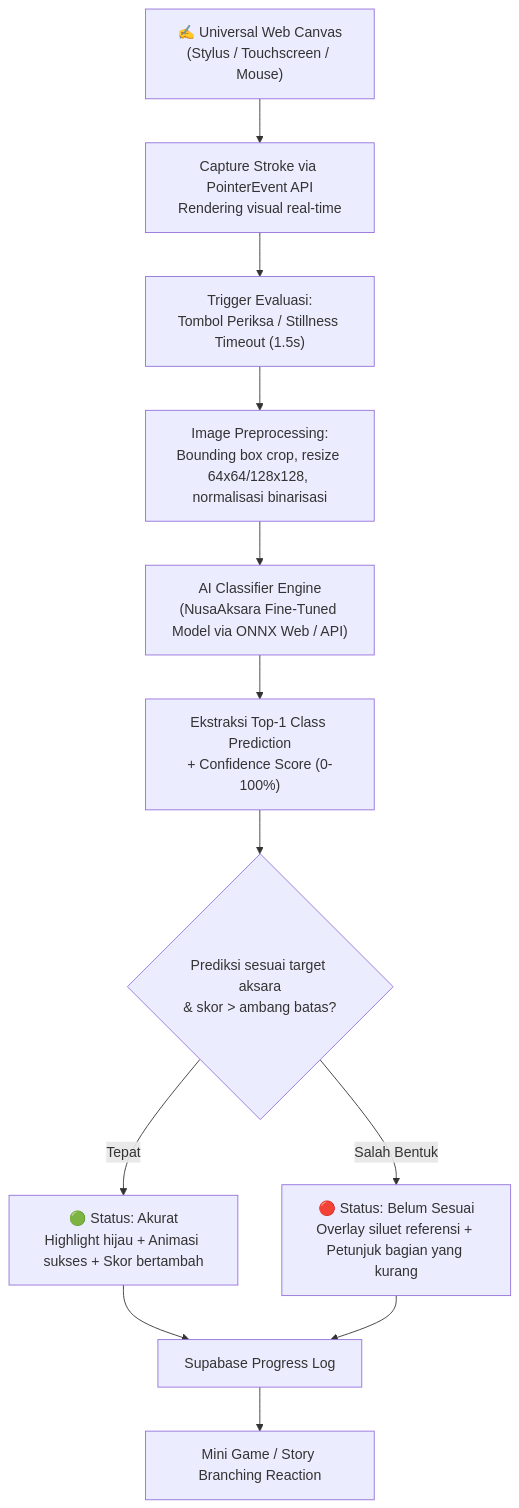
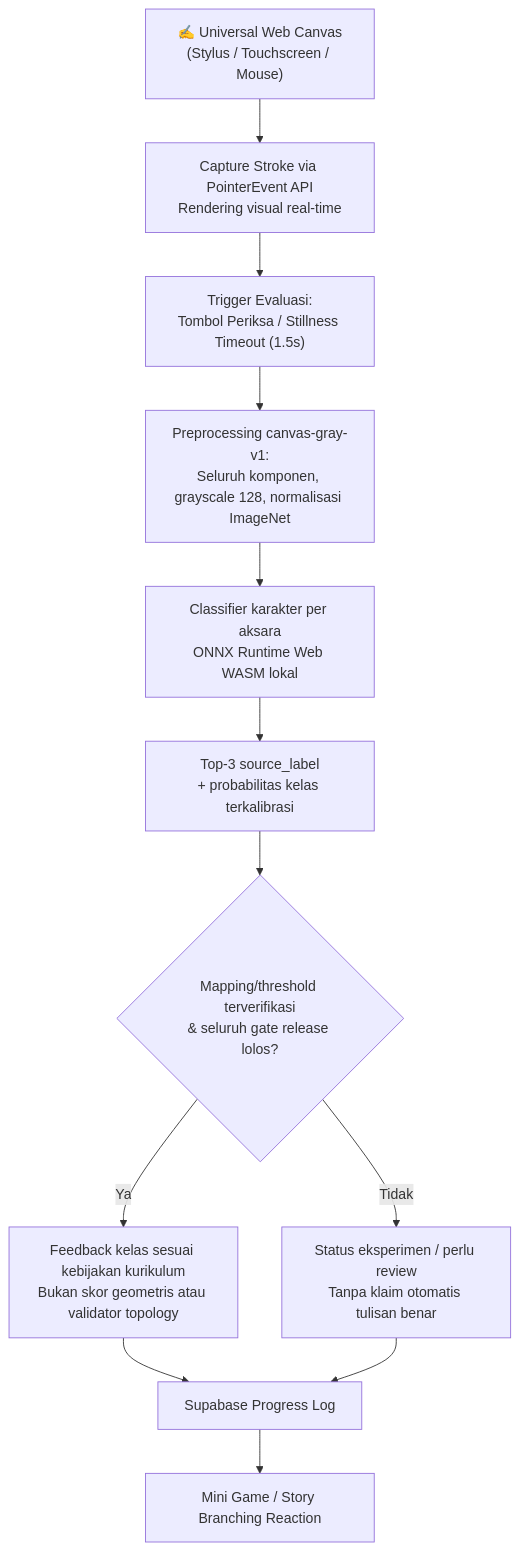
Before and after one commit to EvanCN10/aksantara: the first of 6 diagrams in context/AKSANTARA-SSOT-v3.1.md, drawn with Mermaid. The commit also changed other lines of this file and 6 other files, not shown here.

Commit message:
docs(ssot): update SSOT v3.1, roadmap plans, and project specifications

````diff
--- a/context/AKSANTARA-SSOT-v3.1.md
+++ b/context/AKSANTARA-SSOT-v3.1.md
@@ -113,14 +113,14 @@
 ```mermaid
 flowchart TD
     A["✍️ Universal Web Canvas\n(Stylus / Touchscreen / Mouse)"] --> B["Capture Stroke via PointerEvent API\nRendering visual real-time"]
     B --> C["Trigger Evaluasi:\nTombol Periksa / Stillness Timeout (1.5s)"]
-    C --> D["Image Preprocessing:\nBounding box crop, resize 64x64/128x128, normalisasi binarisasi"]
-    D --> E["AI Classifier Engine\n(NusaAksara Fine-Tuned Model via ONNX Web / API)"]
-    E --> F["Ekstraksi Top-1 Class Prediction\n+ Confidence Score (0-100%)"]
-    F --> G{"Prediksi sesuai target aksara\n& skor > ambang batas?"}
-    G -->|Tepat| H["🟢 Status: Akurat\nHighlight hijau + Animasi sukses + Skor bertambah"]
-    G -->|Salah Bentuk| I["🔴 Status: Belum Sesuai\nOverlay siluet referensi + Petunjuk bagian yang kurang"]
+    C --> D["Preprocessing canvas-gray-v1:\nSeluruh komponen, grayscale 128, normalisasi ImageNet"]
+    D --> E["Classifier karakter per aksara\nONNX Runtime Web WASM lokal"]
+    E --> F["Top-3 source_label\n+ probabilitas kelas terkalibrasi"]
+    F --> G{"Mapping/threshold terverifikasi\n& seluruh gate release lolos?"}
+    G -->|Ya| H["Feedback kelas sesuai kebijakan kurikulum\nBukan skor geometris atau validator topology"]
+    G -->|Tidak| I["Status eksperimen / perlu review\nTanpa klaim otomatis tulisan benar"]
     H --> J["Supabase Progress Log"]
     I --> J
     J --> K["Mini Game / Story Branching Reaction"]
 ```
````
